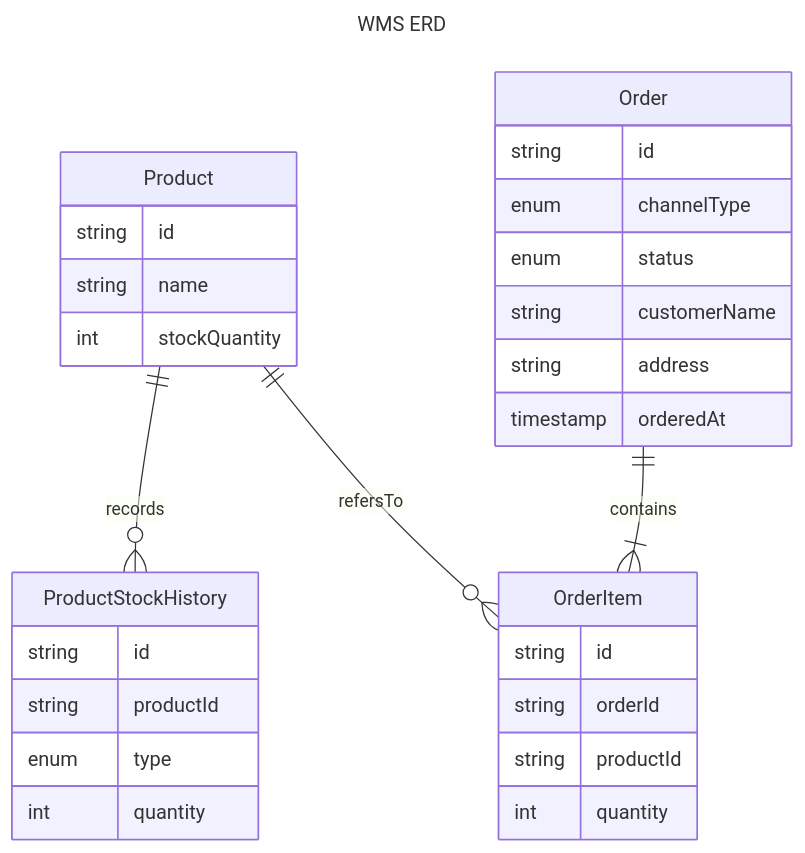
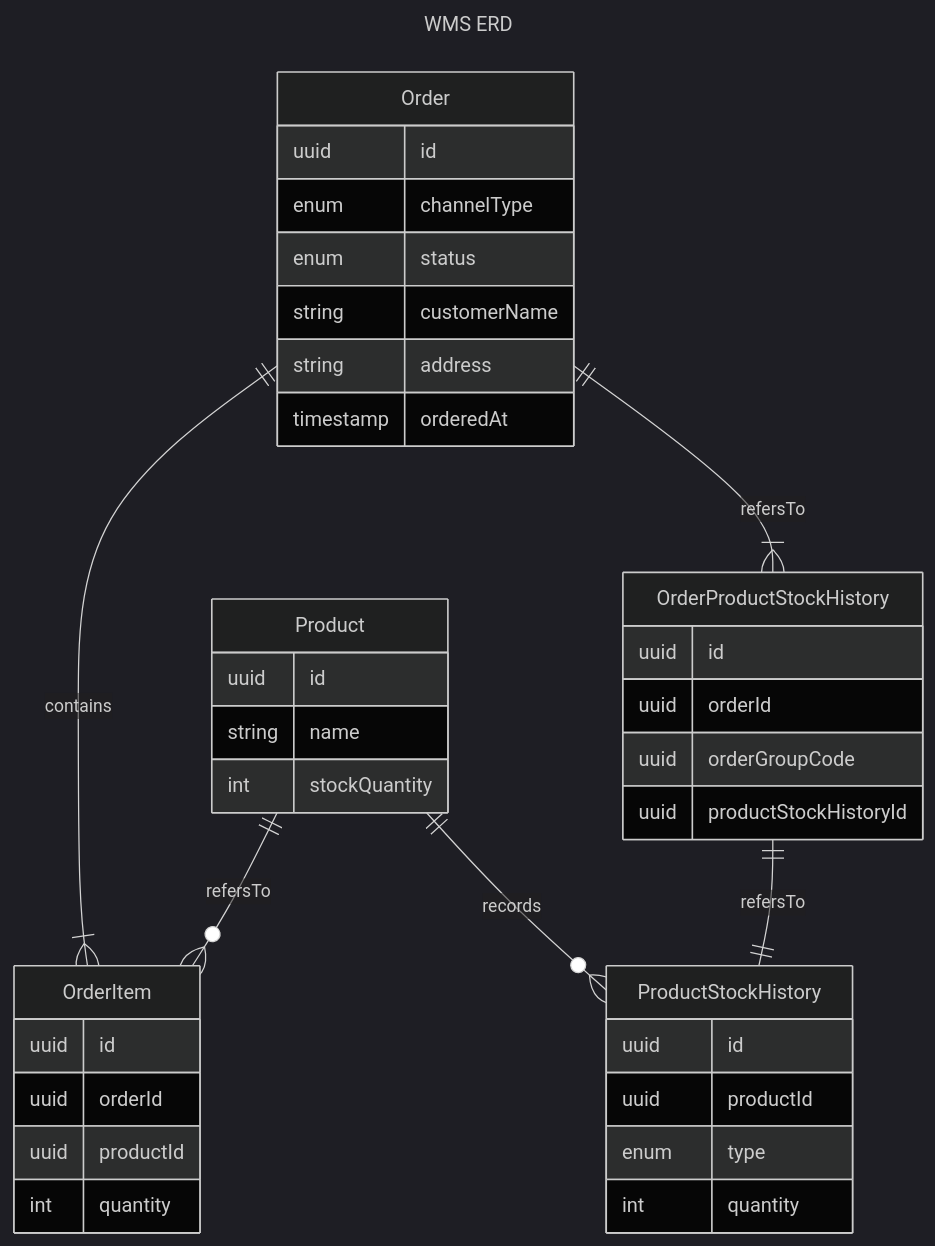
One commit to jinan159/wms changed the first of 3 diagrams in README.md. Above: the diagram before and after it, drawn with Mermaid. The commit also changed other lines of this file, not shown here.

````diff
--- a/README.md
+++ b/README.md
@@ -5,36 +21,49 @@
 ```mermaid
 ---
+config:
+  theme: dark
 title: WMS ERD
 ---
 erDiagram
     Product {
-        string id
+        uuid id
         string name
         int stockQuantity
     }
-  ProductStockHistory {
-        string id
-        string productId
+    ProductStockHistory {
+        uuid id
+        uuid productId
         enum type
         int quantity
     }
     Order {
-        string id
+        uuid id
         enum channelType
         enum status
         string customerName
         string address
         timestamp orderedAt
     }
     OrderItem {
-        string id
-        string orderId
-        string productId
+        uuid id
+        uuid orderId
+        uuid productId
         int quantity
     }
-    
+    OrderProductStockHistory {
+        uuid id
+        uuid orderId
+        uuid orderGroupCode
+        uuid productStockHistoryId
+    }
+
     Product ||--o{ ProductStockHistory : records
     Order ||--|{ OrderItem : contains
     Product ||--o{ OrderItem : refersTo
+    Order ||--|{ OrderProductStockHistory: refersTo
+    OrderProductStockHistory ||--|| ProductStockHistory: refersTo
+
+
+
 %% ERD Image : https://www.mermaidchart.com/raw/36c177c6-d6ca-4bd9-ace2-1d369c2ea766?theme=dark&version=v0.1&format=svg  
 ```
````
